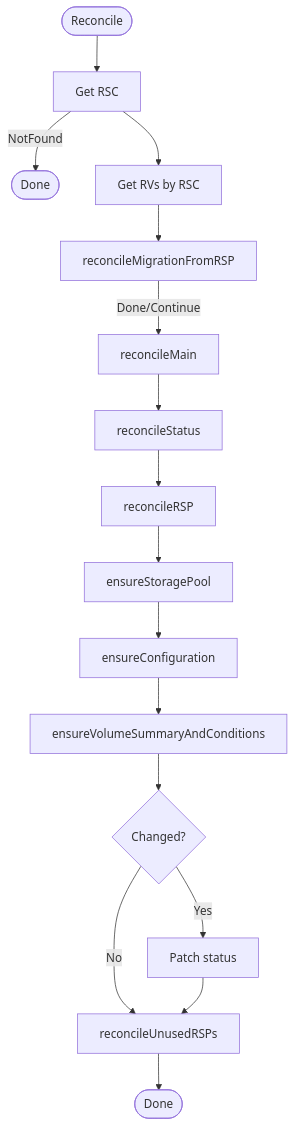
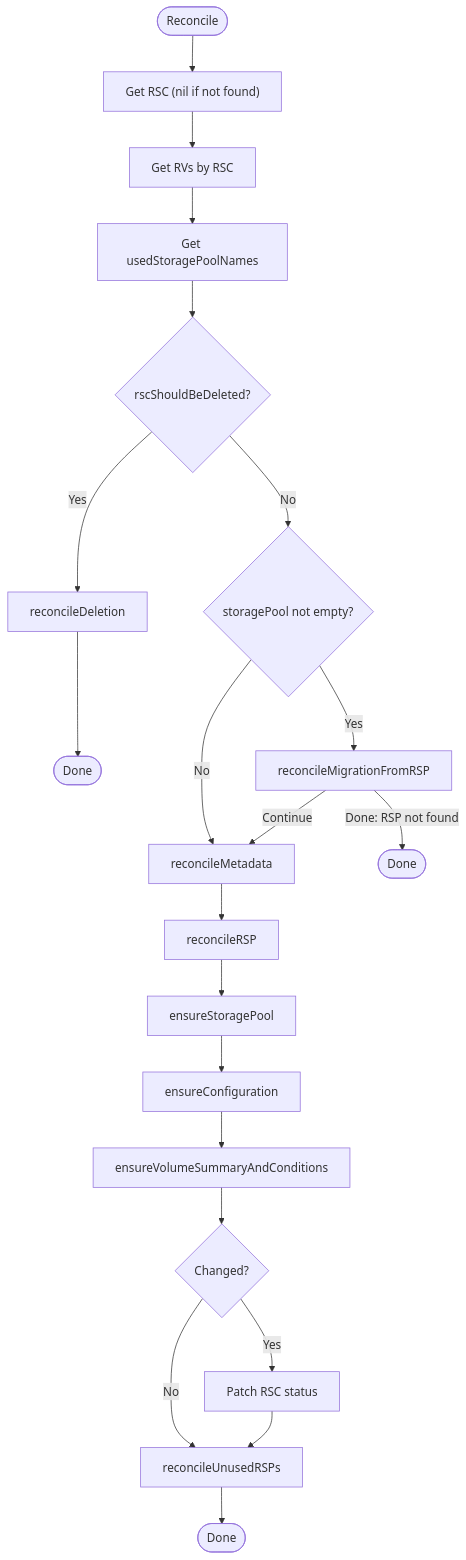
One commit to deckhouse/sds-replicated-volume changed the first of 7 diagrams in images/controller/internal/controllers/rsc_controller/README.md. Above: the diagram before and after it, drawn with Mermaid. The commit also changed other lines of this file and 9 other files, not shown here.

````diff
--- a/images/controller/internal/controllers/rsc_controller/README.md
+++ b/images/controller/internal/controllers/rsc_controller/README.md
@@ -65,21 +71,27 @@
 ```mermaid
 flowchart TD
-    Start([Reconcile]) --> GetRSC[Get RSC]
-    GetRSC -->|NotFound| Done1([Done])
+    Start([Reconcile]) --> GetRSC["Get RSC (nil if not found)"]
     GetRSC --> GetRVs[Get RVs by RSC]
+    GetRVs --> GetUsedPools[Get usedStoragePoolNames]
 
-    GetRVs --> Migration[reconcileMigrationFromRSP]
-    Migration -->|Done/Continue| Main[reconcileMain]
-    Main --> Status[reconcileStatus]
+    GetUsedPools --> ShouldDelete{rscShouldBeDeleted?}
+    ShouldDelete -->|Yes| Deletion[reconcileDeletion]
+    Deletion --> DeletionDone([Done])
 
-    Status --> ReconcileRSP[reconcileRSP]
+    ShouldDelete -->|No| Migration{storagePool not empty?}
+    Migration -->|Yes| MigrationStep[reconcileMigrationFromRSP]
+    Migration -->|No| Metadata
+    MigrationStep -->|Done: RSP not found| MigrationDone([Done])
+    MigrationStep -->|Continue| Metadata[reconcileMetadata]
+
+    Metadata --> ReconcileRSP[reconcileRSP]
     ReconcileRSP --> EnsureStoragePool[ensureStoragePool]
     EnsureStoragePool --> EnsureConfig[ensureConfiguration]
     EnsureConfig --> EnsureVolumes[ensureVolumeSummaryAndConditions]
     EnsureVolumes --> PatchDecision{Changed?}
-    PatchDecision -->|Yes| PatchStatus[Patch status]
+    PatchDecision -->|Yes| PatchStatus[Patch RSC status]
     PatchDecision -->|No| ReleaseRSPs
     PatchStatus --> ReleaseRSPs
 
     ReleaseRSPs[reconcileUnusedRSPs] --> EndNode([Done])
 ```
````
